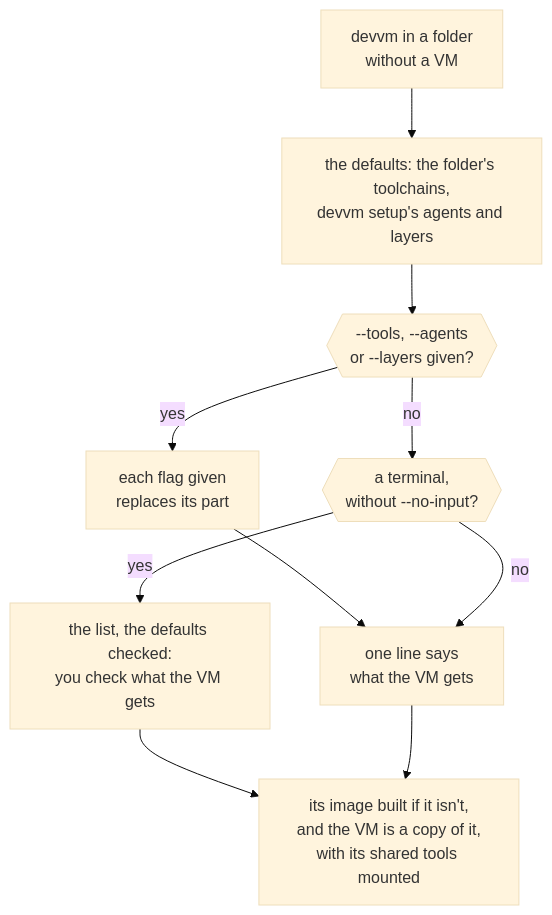
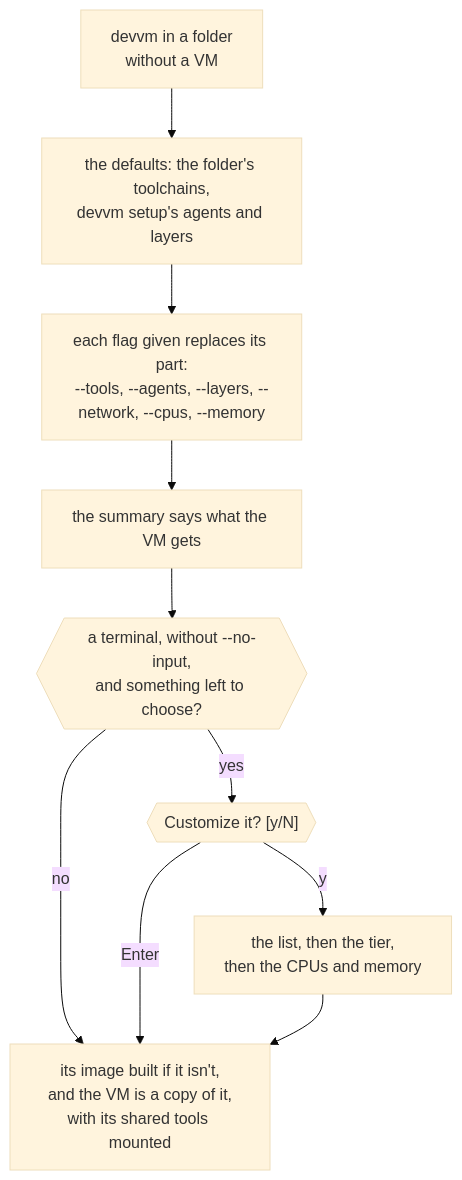
One commit to DustyPolk/devvm changed the second of 2 diagrams in docs/content/docs/using/images.md. Above: the diagram before and after it, drawn with Mermaid (base theme). The commit also changed other lines of this file and 31 other files, not shown here.

First line of the commit message:
feat(vm): a new VM shows a summary, then asks whether to customize it

````diff
--- a/docs/content/docs/using/images.md
+++ b/docs/content/docs/using/images.md
@@ -121,10 +121,12 @@
 ```mermaid
 flowchart TD
   run["devvm in a folder<br>without a VM"] --> defaults["the defaults: the folder's toolchains,<br>devvm setup's agents and layers"]
-  defaults --> flags{{"--tools, --agents<br>or --layers given?"}}
-  flags -- "yes" --> replace["each flag given<br>replaces its part"] --> say
-  flags -- "no" --> term{{"a terminal,<br>without --no-input?"}}
-  term -- "yes" --> pick["the list, the defaults checked:<br>you check what the VM gets"] --> copy
-  term -- "no" --> say["one line says<br>what the VM gets"]
-  say --> copy["its image built if it isn't,<br>and the VM is a copy of it,<br>with its shared tools mounted"]
+  defaults --> flags["each flag given replaces its part:<br>--tools, --agents, --layers, --network, --cpus, --memory"]
+  flags --> summary["the summary says what the VM gets"]
+  summary --> term{{"a terminal, without --no-input,<br>and something left to choose?"}}
+  term -- "no" --> copy
+  term -- "yes" --> ask{{"Customize it? [y/N]"}}
+  ask -- "Enter" --> copy
+  ask -- "y" --> pick["the list, then the tier,<br>then the CPUs and memory"] --> copy
+  copy["its image built if it isn't,<br>and the VM is a copy of it,<br>with its shared tools mounted"]
 ```
````
